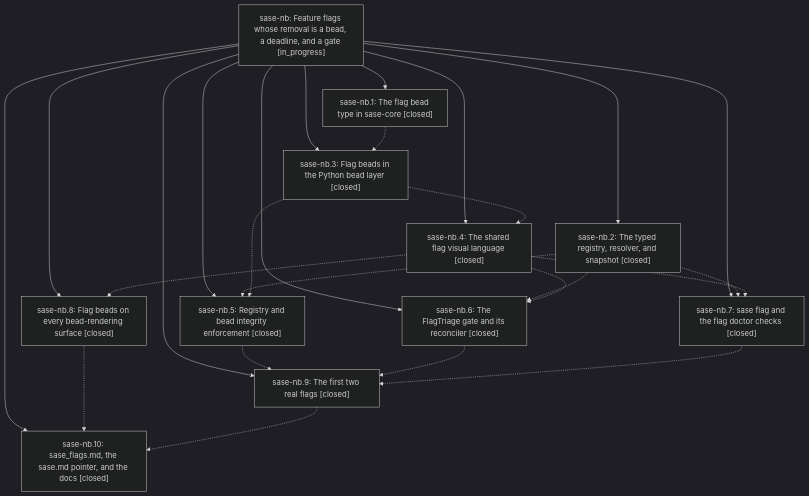
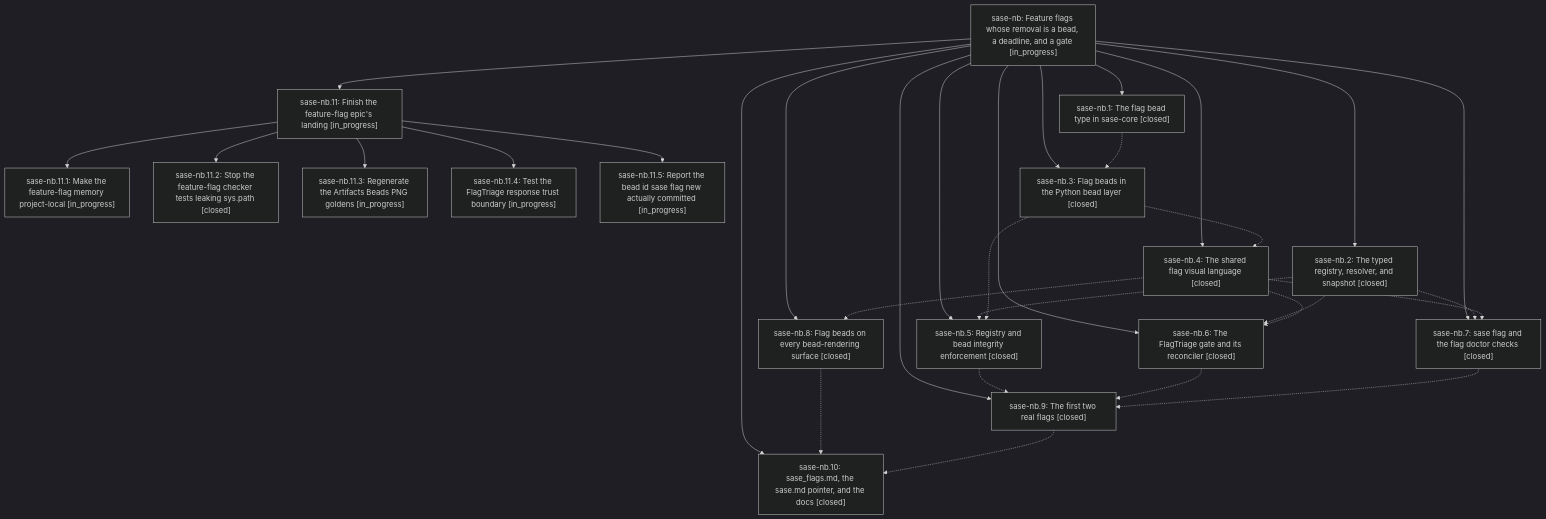
The diagram in pages/sase-nb/README.md (sase-org/sase--beads), drawn with Mermaid (dark theme) before and after one commit. The commit also changed other lines of this file and 6 other files, not shown here.

First line of the commit message:
chore(beads): sync bead state and pages for sase-nb

````diff
--- a/pages/sase-nb/README.md
+++ b/pages/sase-nb/README.md
@@ -98,38 +98,50 @@
 ```mermaid
 flowchart TD
     n0["sase-nb: Feature flags whose removal is a bead, a deadline, and a gate [in_progress]"]
     n1["sase-nb.1: The flag bead type in sase-core [closed]"]
     n2["sase-nb.10: sase_flags.md, the sase.md pointer, and the docs [closed]"]
-    n3["sase-nb.2: The typed registry, resolver, and snapshot [closed]"]
-    n4["sase-nb.3: Flag beads in the Python bead layer [closed]"]
-    n5["sase-nb.4: The shared flag visual language [closed]"]
-    n6["sase-nb.5: Registry and bead integrity enforcement [closed]"]
-    n7["sase-nb.6: The FlagTriage gate and its reconciler [closed]"]
-    n8["sase-nb.7: sase flag and the flag doctor checks [closed]"]
-    n9["sase-nb.8: Flag beads on every bead-rendering surface [closed]"]
-    n10["sase-nb.9: The first two real flags [closed]"]
+    n3["sase-nb.11: Finish the feature-flag epic's landing [in_progress]"]
+    n4["sase-nb.11.1: Make the feature-flag memory project-local [in_progress]"]
+    n5["sase-nb.11.2: Stop the feature-flag checker tests leaking sys.path [closed]"]
+    n6["sase-nb.11.3: Regenerate the Artifacts Beads PNG goldens [in_progress]"]
+    n7["sase-nb.11.4: Test the FlagTriage response trust boundary [in_progress]"]
+    n8["sase-nb.11.5: Report the bead id sase flag new actually committed [in_progress]"]
+    n9["sase-nb.2: The typed registry, resolver, and snapshot [closed]"]
+    n10["sase-nb.3: Flag beads in the Python bead layer [closed]"]
+    n11["sase-nb.4: The shared flag visual language [closed]"]
+    n12["sase-nb.5: Registry and bead integrity enforcement [closed]"]
+    n13["sase-nb.6: The FlagTriage gate and its reconciler [closed]"]
+    n14["sase-nb.7: sase flag and the flag doctor checks [closed]"]
+    n15["sase-nb.8: Flag beads on every bead-rendering surface [closed]"]
+    n16["sase-nb.9: The first two real flags [closed]"]
     n0 --> n1
     n0 --> n2
     n0 --> n3
-    n0 --> n4
-    n0 --> n5
-    n0 --> n6
-    n0 --> n7
-    n0 --> n8
+    n3 --> n4
+    n3 --> n5
+    n3 --> n6
+    n3 --> n7
+    n3 --> n8
     n0 --> n9
     n0 --> n10
-    n1 -.-> n4
-    n3 -.-> n6
-    n3 -.-> n7
-    n3 -.-> n8
-    n4 -.-> n5
-    n4 -.-> n6
-    n5 -.-> n7
-    n5 -.-> n8
-    n5 -.-> n9
-    n6 -.-> n10
-    n7 -.-> n10
-    n8 -.-> n10
-    n9 -.-> n2
-    n10 -.-> n2
+    n0 --> n11
+    n0 --> n12
+    n0 --> n13
+    n0 --> n14
+    n0 --> n15
+    n0 --> n16
+    n1 -.-> n10
+    n9 -.-> n12
+    n9 -.-> n13
+    n9 -.-> n14
+    n10 -.-> n11
+    n10 -.-> n12
+    n11 -.-> n13
+    n11 -.-> n14
+    n11 -.-> n15
+    n12 -.-> n16
+    n13 -.-> n16
+    n14 -.-> n16
+    n15 -.-> n2
+    n16 -.-> n2
 ```
````
